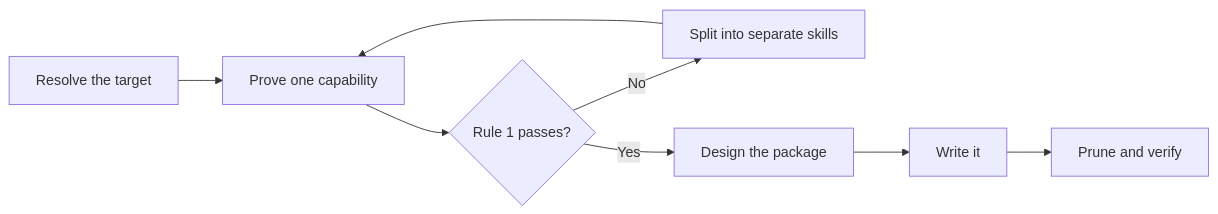
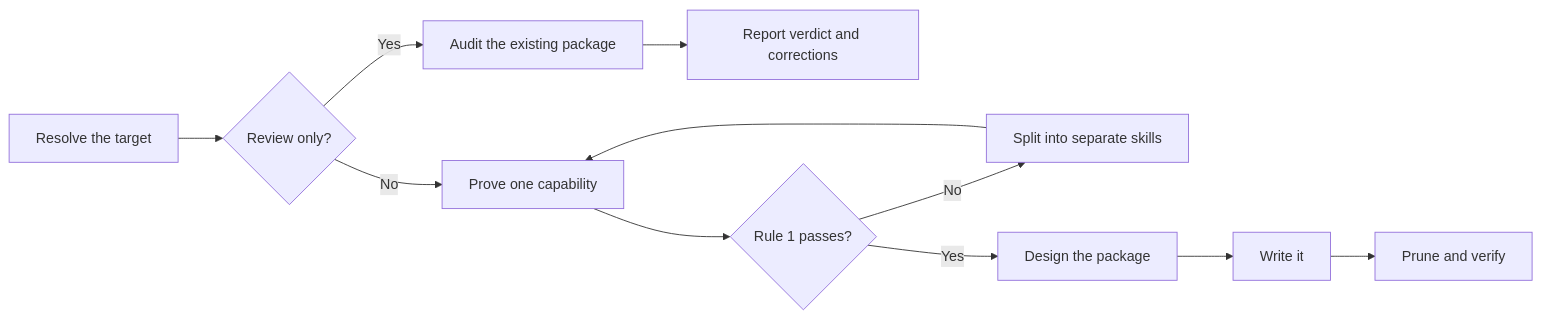
One commit to fam-tung-lam/ptlam-agent-plugin changed the diagram in plugin/skills/ptlam-creating-skill/SKILL.md. Above: the diagram before and after it, drawn with Mermaid. The commit also changed other lines of this file and 128 other files, not shown here.

````diff
--- a/plugin/skills/ptlam-creating-skill/SKILL.md
+++ b/plugin/skills/ptlam-creating-skill/SKILL.md
@@ -23,10 +20,13 @@
 ```mermaid
 flowchart LR
-    ResolveTarget["Resolve the target"] --> ProveCapability["Prove one capability"]
+    ResolveTarget["Resolve the target"] --> ReviewOnly{"Review only?"}
+    ReviewOnly -->|"Yes"| AuditPackage["Audit the existing package"]
+    AuditPackage --> ReportVerdict["Report verdict and corrections"]
+    ReviewOnly -->|"No"| ProveCapability["Prove one capability"]
     ProveCapability --> RuleOneCheck{"Rule 1 passes?"}
     RuleOneCheck -->|"No"| SplitSkills["Split into separate skills"]
     SplitSkills --> ProveCapability
     RuleOneCheck -->|"Yes"| DesignPackage["Design the package"]
     DesignPackage --> WritePackage["Write it"]
     WritePackage --> PruneAndVerify["Prune and verify"]
 ```
````
